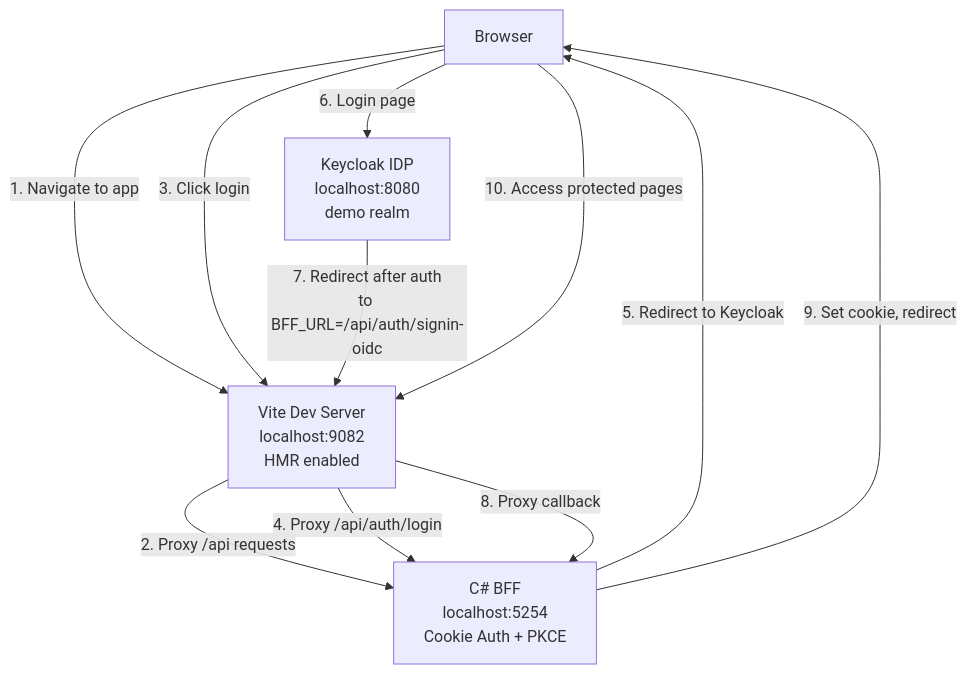
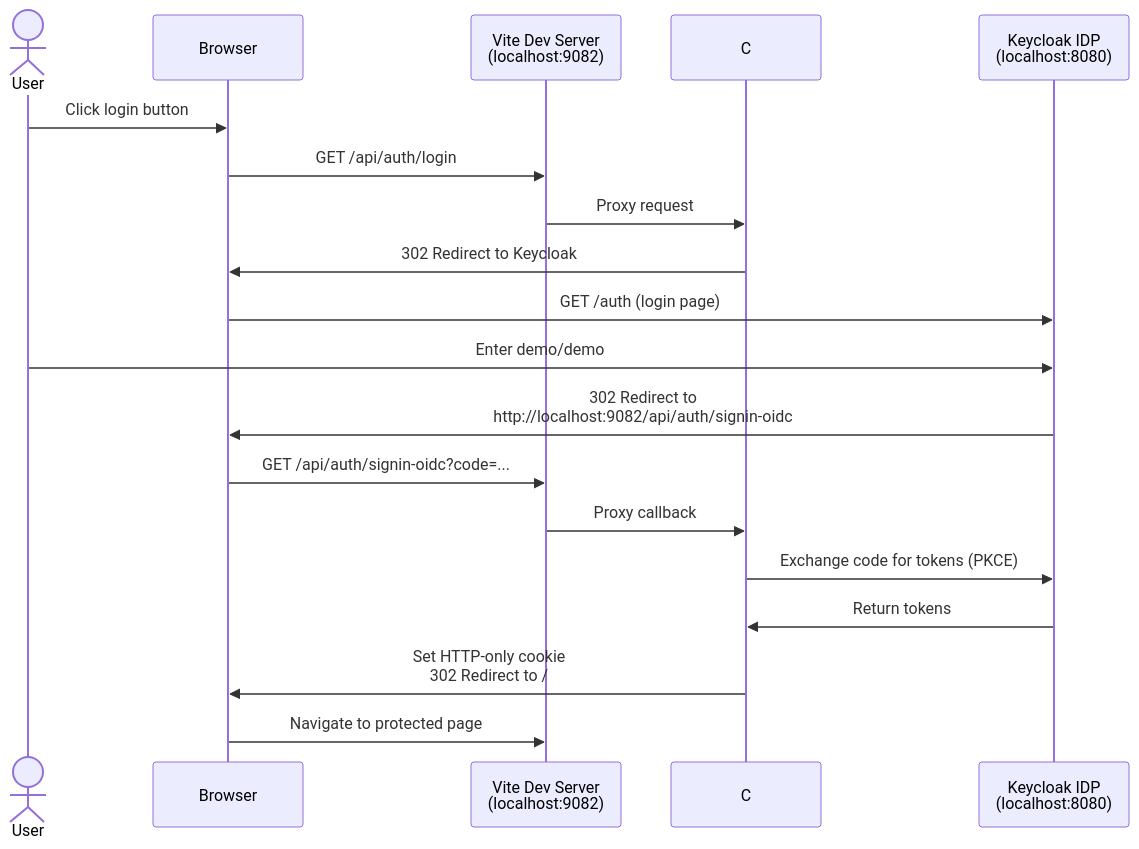
The first of 2 diagrams in vite-csharp-keycloak/README.md (davidfowl/aspire-13-samples), drawn with Mermaid before and after one commit. The commit also changed other lines of this file, not shown here.

Commit message:
feat: update README to enhance architecture diagrams and clarify login/logout flows

````diff
--- a/vite-csharp-keycloak/README.md
+++ b/vite-csharp-keycloak/README.md
@@ -10,18 +12,22 @@
 ```mermaid
-flowchart TB
-    Browser[Browser]
-    Vite[Vite Dev Server<br/>localhost:9082<br/>HMR enabled]
-    BFF[C# BFF<br/>localhost:5254<br/>Cookie Auth + PKCE]
-    Keycloak[Keycloak IDP<br/>localhost:8080<br/>demo realm]
+sequenceDiagram
+    actor User
+    participant Browser
+    participant Vite as Vite Dev Server<br/>(localhost:9082)
+    participant BFF as C# BFF<br/>(localhost:5254)
+    participant Keycloak as Keycloak IDP<br/>(localhost:8080)
 
-    Browser -->|1. Navigate to app| Vite
-    Vite -->|2. Proxy /api requests| BFF
-    Browser -->|3. Click login| Vite
-    Vite -->|4. Proxy /api/auth/login| BFF
-    BFF -->|5. Redirect to Keycloak| Browser
-    Browser -->|6. Login page| Keycloak
-    Keycloak -->|7. Redirect after auth<br/>to BFF_URL=/api/auth/signin-oidc| Vite
-    Vite -->|8. Proxy callback| BFF
-    BFF -->|9. Set cookie, redirect| Browser
-    Browser -->|10. Access protected pages| Vite
+    User->>Browser: Click login button
+    Browser->>Vite: GET /api/auth/login
+    Vite->>BFF: Proxy request
+    BFF->>Browser: 302 Redirect to Keycloak
+    Browser->>Keycloak: GET /auth (login page)
+    User->>Keycloak: Enter demo/demo
+    Keycloak->>Browser: 302 Redirect to<br/>http://localhost:9082/api/auth/signin-oidc
+    Browser->>Vite: GET /api/auth/signin-oidc?code=...
+    Vite->>BFF: Proxy callback
+    BFF->>Keycloak: Exchange code for tokens (PKCE)
+    Keycloak->>BFF: Return tokens
+    BFF->>Browser: Set HTTP-only cookie<br/>302 Redirect to /
+    Browser->>Vite: Navigate to protected page
 ```
````
